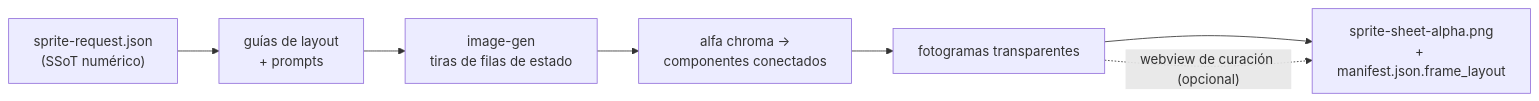
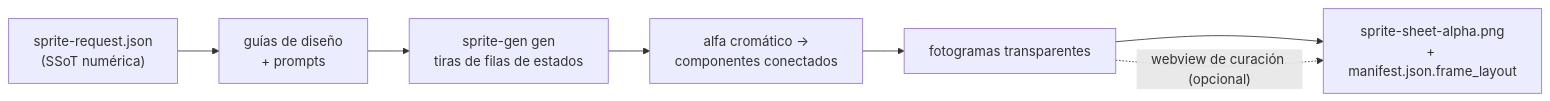
The diagram in README.es.md (aldegad/sprite-gen), drawn with Mermaid before and after one commit. The commit also changed other lines of this file and 7 other files, not shown here.

````diff
--- a/README.es.md
+++ b/README.es.md
@@ -35,9 +35,9 @@
 ```mermaid
 flowchart LR
-    REQ["sprite-request.json<br/>(SSoT numérico)"] --> GUIDES["guías de layout<br/>+ prompts"]
-    GUIDES --> GEN["image-gen<br/>tiras de filas de estado"]
-    GEN --> EXTRACT["alfa chroma →<br/>componentes conectados"]
+    REQ["sprite-request.json<br/>(SSoT numérica)"] --> GUIDES["guías de diseño<br/>+ prompts"]
+    GUIDES --> GEN["sprite-gen gen<br/>tiras de filas de estados"]
+    GEN --> EXTRACT["alfa cromático →<br/>componentes conectados"]
     EXTRACT --> FRAMES["fotogramas transparentes"]
     FRAMES --> ATLAS["sprite-sheet-alpha.png<br/>+ manifest.json.frame_layout"]
     FRAMES -. "webview de curación (opcional)" .-> ATLAS
 ```
````
